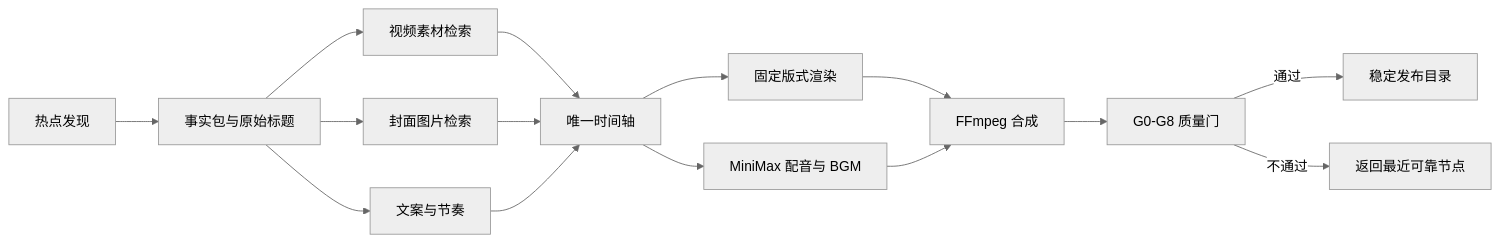
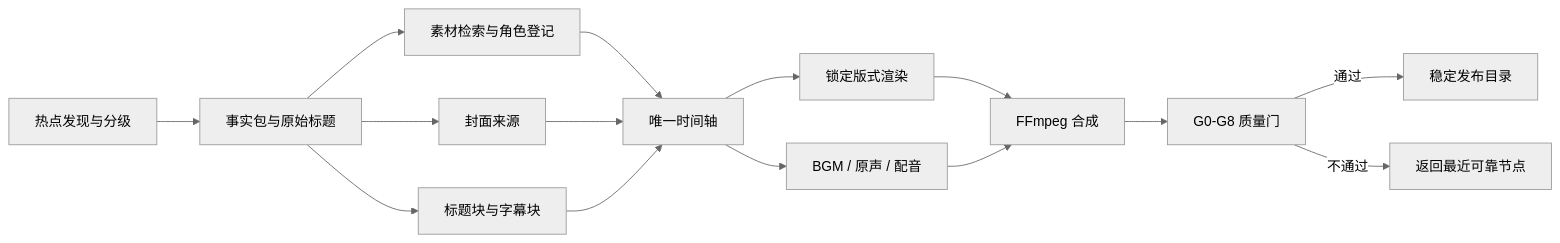
The diagram in README.md (15972706120-coder/news-editor-skill), drawn with Mermaid (neutral theme) before and after one commit. The commit also changed other lines of this file and 88 other files, not shown here.

````diff
--- a/README.md
+++ b/README.md
@@ -55,17 +48,17 @@
 ```mermaid
 flowchart LR
-    A[热点发现] --> B[事实包与原始标题]
-    B --> C1[视频素材检索]
-    B --> C2[封面图片检索]
-    B --> C3[文案与节奏]
+    A[热点发现与分级] --> B[事实包与原始标题]
+    B --> C1[素材检索与角色登记]
+    B --> C2[封面来源]
+    B --> C3[标题块与字幕块]
     C1 --> D[唯一时间轴]
     C2 --> D
     C3 --> D
-    D --> E1[固定版式渲染]
-    D --> E2[MiniMax 配音与 BGM]
+    D --> E1[锁定版式渲染]
+    D --> E2[BGM / 原声 / 配音]
     E1 --> F[FFmpeg 合成]
     E2 --> F
     F --> G[G0-G8 质量门]
     G -->|通过| H[稳定发布目录]
     G -->|不通过| I[返回最近可靠节点]
 ```
````
